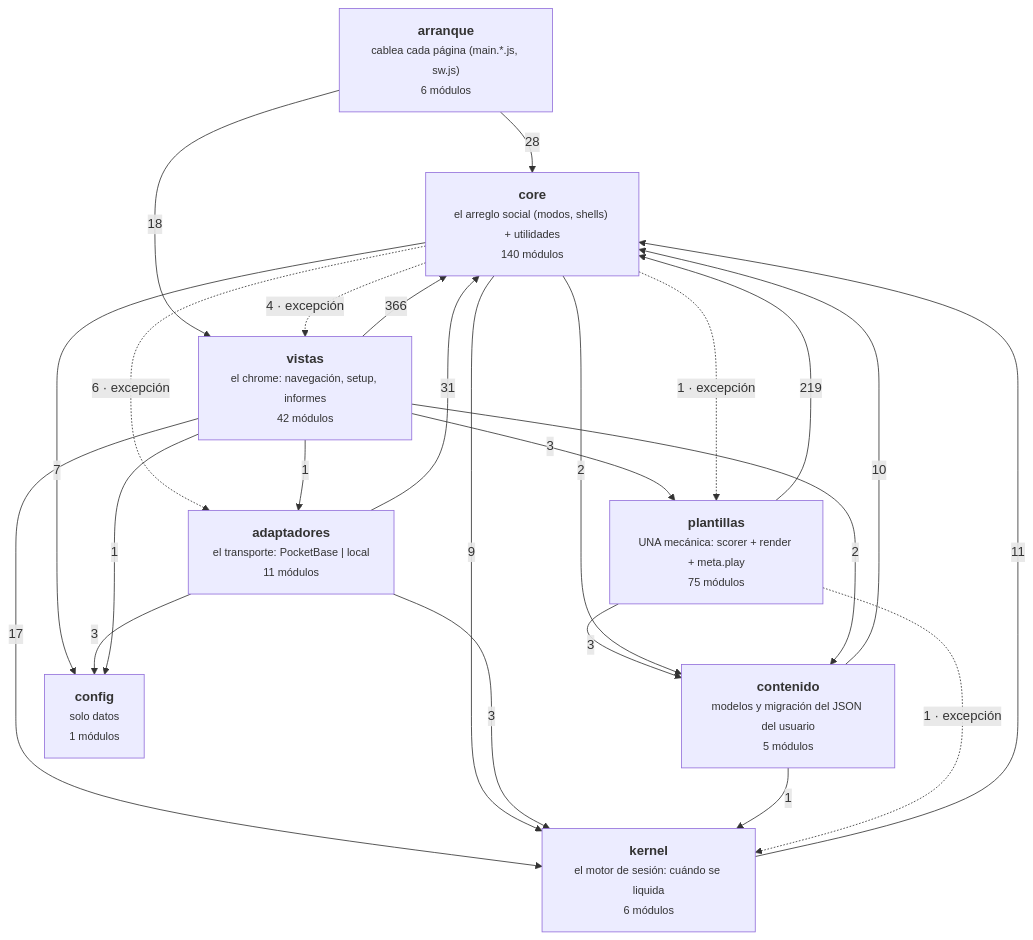
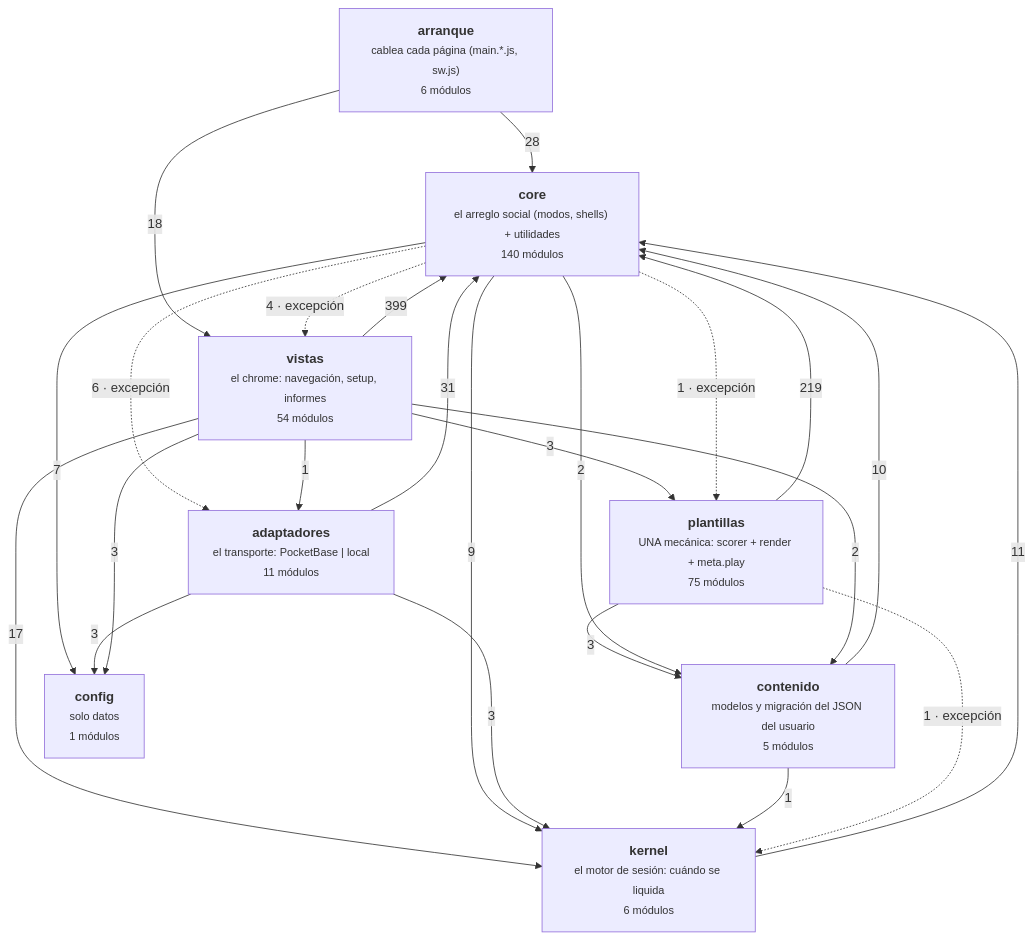
Before and after one commit to duecaz/ac: the diagram in docs/arquitectura-modulos.md, drawn with Mermaid. The commit also changed other lines of this file and 23 other files, not shown here.

````diff
--- a/docs/arquitectura-modulos.md
+++ b/docs/arquitectura-modulos.md
@@ -56,34 +56,34 @@
 ```mermaid
 graph TD
   A["<b>arranque</b><br/><small>cablea cada página (main.*.js, sw.js)</small><br/><small>6 módulos</small>"]
-  V["<b>vistas</b><br/><small>el chrome: navegación, setup, informes</small><br/><small>42 módulos</small>"]
+  V["<b>vistas</b><br/><small>el chrome: navegación, setup, informes</small><br/><small>54 módulos</small>"]
   AD["<b>adaptadores</b><br/><small>el transporte: PocketBase | local</small><br/><small>11 módulos</small>"]
   C["<b>core</b><br/><small>el arreglo social (modos, shells) + utilidades</small><br/><small>140 módulos</small>"]
   K["<b>kernel</b><br/><small>el motor de sesión: cuándo se liquida</small><br/><small>6 módulos</small>"]
   T["<b>plantillas</b><br/><small>UNA mecánica: scorer + render + meta.play</small><br/><small>75 módulos</small>"]
   CO["<b>contenido</b><br/><small>modelos y migración del JSON del usuario</small><br/><small>5 módulos</small>"]
   CF["<b>config</b><br/><small>solo datos</small><br/><small>1 módulos</small>"]
-  V -->|366| C
+  V -->|399| C
   T -->|219| C
   AD -->|31| C
   A -->|28| C
   A -->|18| V
   V -->|17| K
   K -->|11| C
   CO -->|10| C
   C -->|9| K
   C -->|7| CF
   C -.->|6 · excepción| AD
   C -.->|4 · excepción| V
   AD -->|3| CF
   AD -->|3| K
   T -->|3| CO
+  V -->|3| CF
   V -->|3| T
   C -->|2| CO
   V -->|2| CO
   C -.->|1 · excepción| T
   CO -->|1| K
   T -.->|1 · excepción| K
   V -->|1| AD
-  V -->|1| CF
 ```
````
